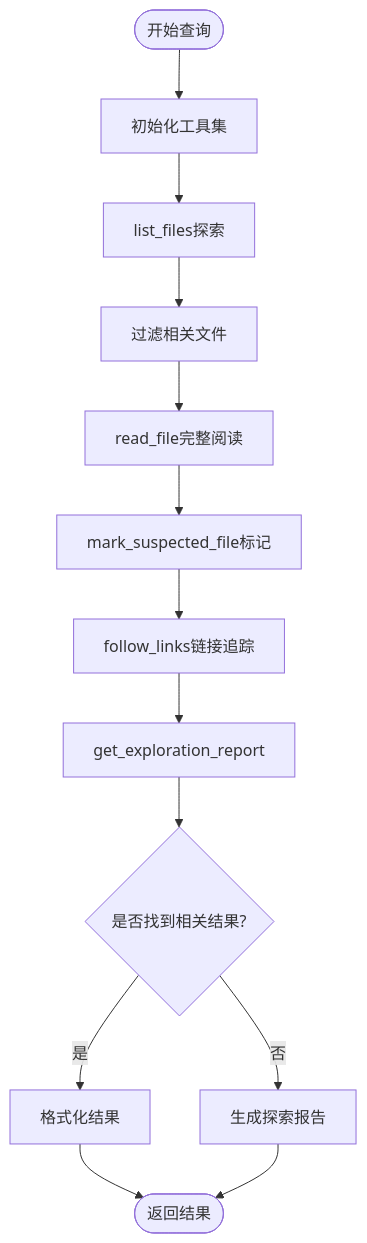
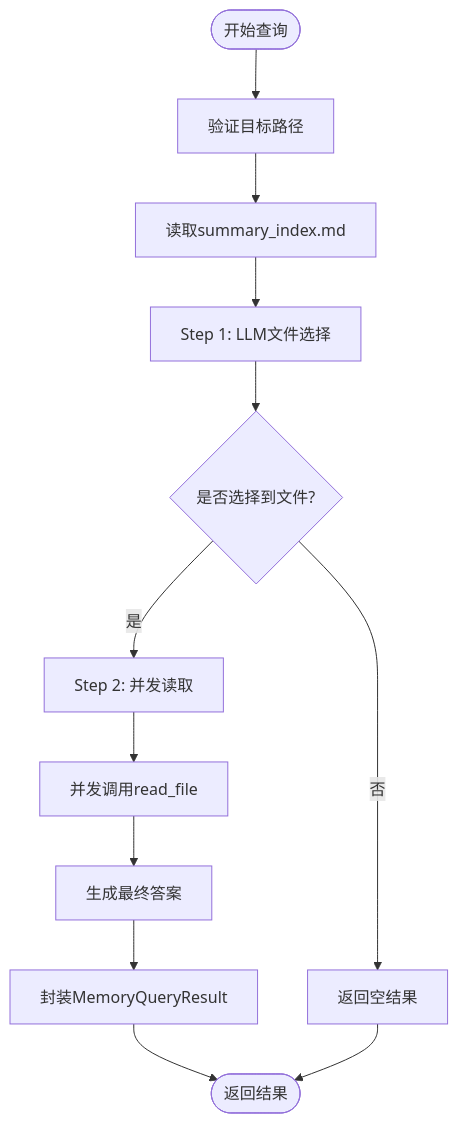
The third of 4 diagrams in .qoder/repowiki/zh/content/知识库系统/知识库查询工具.md (WangYiKai1017/zizuan), drawn with Mermaid before and after one commit. The commit also changed other lines of this file and 7 other files, not shown here.

````diff
--- a/.qoder/repowiki/zh/content/知识库系统/知识库查询工具.md
+++ b/.qoder/repowiki/zh/content/知识库系统/知识库查询工具.md
@@ -300,15 +207,14 @@
 ```mermaid
 flowchart TD
-Start([开始查询]) --> Init[初始化工具集]
-Init --> Explore[list_files探索]
-Explore --> Filter[过滤相关文件]
-Filter --> Read[read_file完整阅读]
-Read --> Mark[mark_suspected_file标记]
-Mark --> Link[follow_links链接追踪]
-Link --> Report[get_exploration_report]
-Report --> Decision{是否找到相关结果?}
-Decision --> |是| Format[格式化结果]
-Decision --> |否| Fallback[生成探索报告]
-Format --> End([返回结果])
-Fallback --> End
+Start([开始查询]) --> Validate[验证目标路径]
+Validate --> ReadIndex[读取summary_index.md]
+ReadIndex --> Select[Step 1: LLM文件选择]
+Select --> Files{是否选择到文件?}
+Files --> |否| Empty[返回空结果]
+Files --> |是| Concurrent[Step 2: 并发读取]
+Concurrent --> Read[并发调用read_file]
+Read --> Generate[生成最终答案]
+Generate --> Build[封装MemoryQueryResult]
+Build --> End([返回结果])
+Empty --> End
 ```
````
